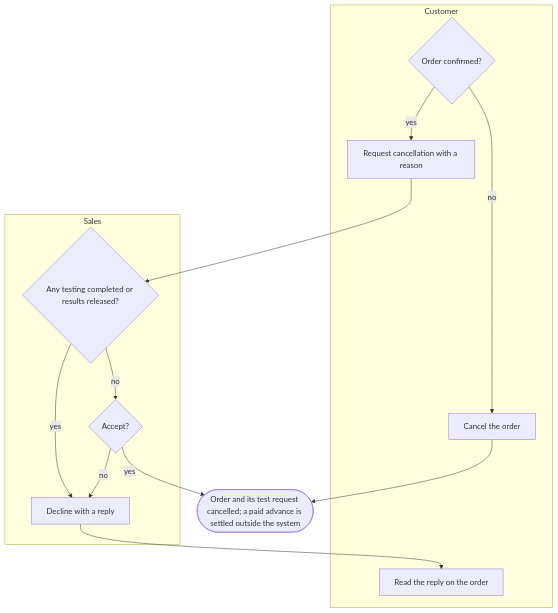
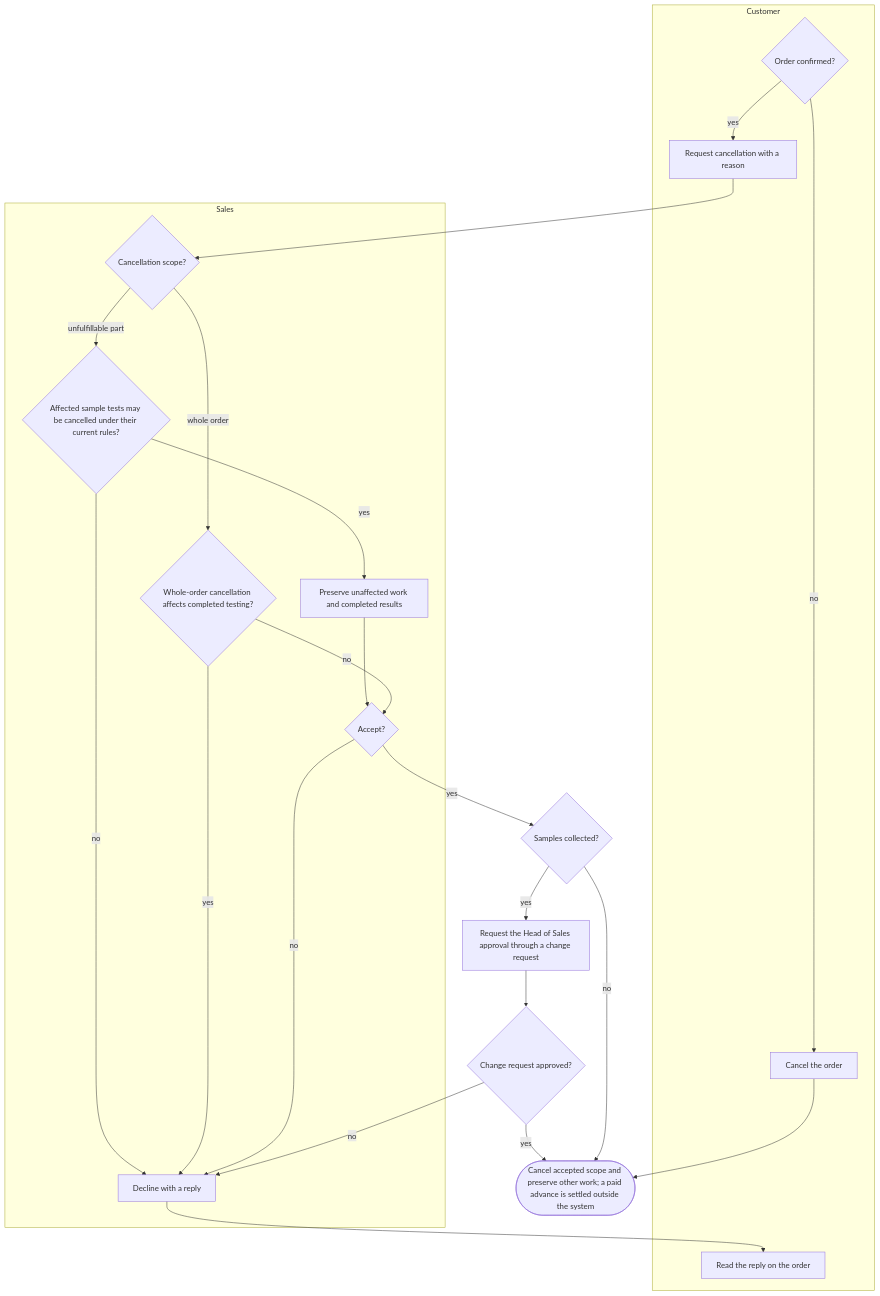
Before and after one commit to SoltuneMontepre/medilab: the eighth of 17 diagrams in docs/functional/business-flows.md, drawn with Mermaid. The commit also changed other lines of this file and 47 other files, not shown here.

````diff
--- a/docs/functional/business-flows.md
+++ b/docs/functional/business-flows.md
@@ -410,19 +374,28 @@
 ```mermaid
 flowchart TD
     subgraph lane22 ["Customer"]
         c1{Order confirmed?}
         c1 -->|no| c2[Cancel the order]
         c1 -->|yes| c3[Request cancellation with a reason]
         c4[Read the reply on the order]
     end
     subgraph lane23 ["Sales"]
-        s1{Any testing completed or results released?}
+        scope{Cancellation scope?}
+        scope -->|whole order| s1{Whole-order cancellation affects completed testing?}
+        scope -->|unfulfillable part| partial{Affected sample tests may be cancelled under their current rules?}
+        partial -->|no| s2
+        partial -->|yes| preserve[Preserve unaffected work and completed results] --> s3
         s1 -->|yes| s2[Decline with a reply]
         s1 -->|no| s3{Accept?}
         s3 -->|no| s2
     end
-    c3 --> s1
+    c3 --> scope
     s2 --> c4
-    s3 -->|yes| cancel(["Order and its test request cancelled; a paid advance is settled outside the system"])
+    s3 -->|yes| collected{Samples collected?}
+    collected -->|yes| approval[Request the Head of Sales approval through a change request]
+    approval --> decision{Change request approved?}
+    decision -->|no| s2
+    decision -->|yes| cancel
+    collected -->|no| cancel(["Cancel accepted scope and preserve other work; a paid advance is settled outside the system"])
     c2 --> cancel
 ```
````
